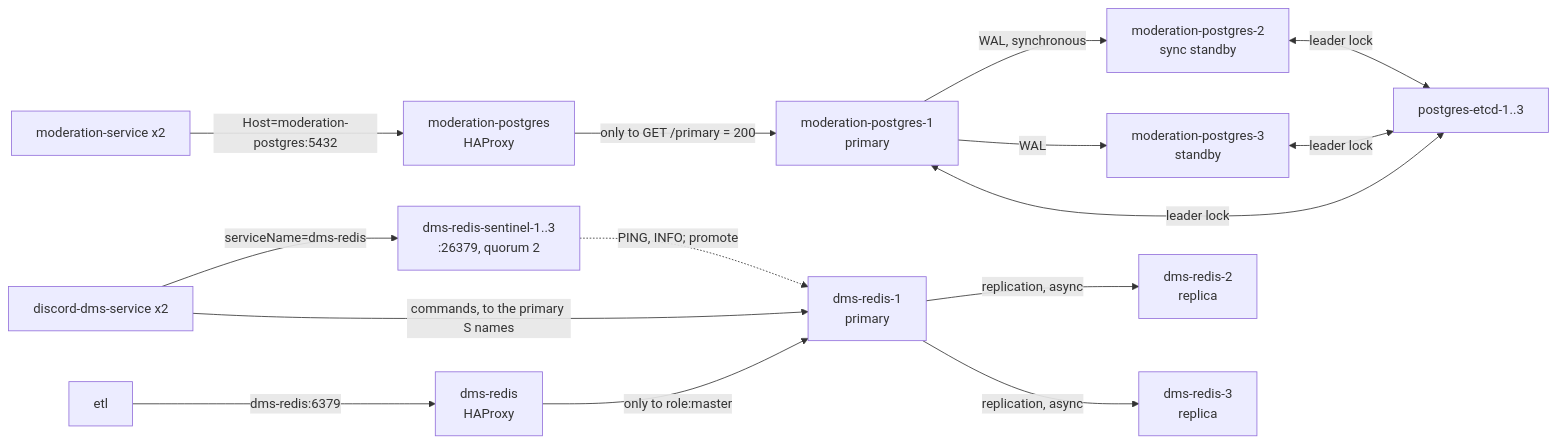
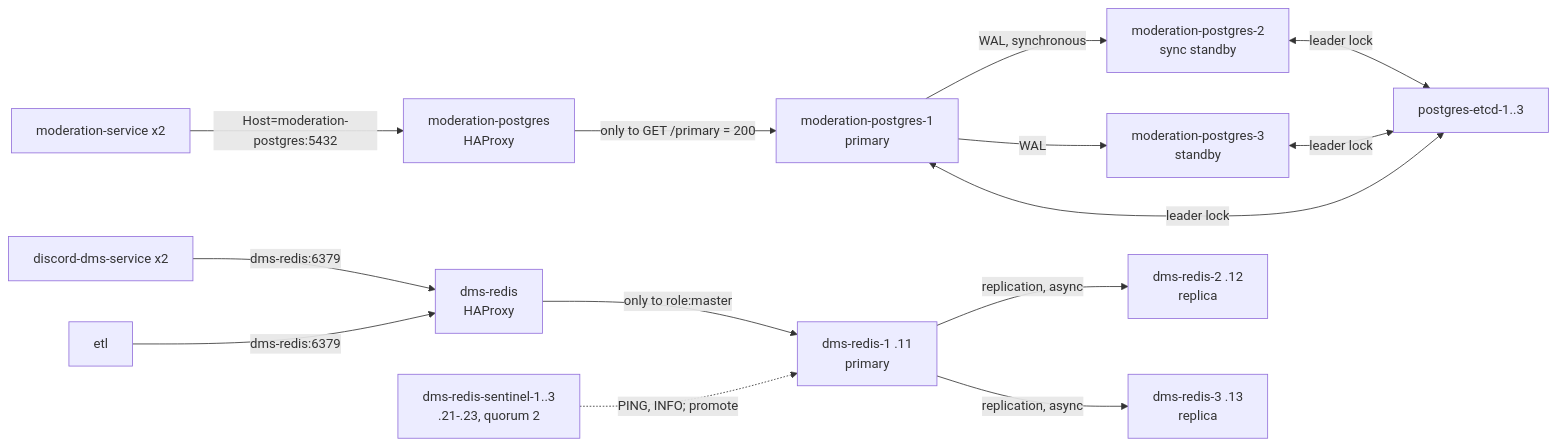
The diagram in docs/LAB_5_MODERATION_DMS_FAILOVER.md (caramisca/cpr-pad-team-19), drawn with Mermaid before and after one commit. The commit also changed other lines of this file and 10 other files, not shown here.

First line of the commit message:
fix(compose): give dms-redis members and Sentinels fixed addresses

````diff
--- a/docs/LAB_5_MODERATION_DMS_FAILOVER.md
+++ b/docs/LAB_5_MODERATION_DMS_FAILOVER.md
@@ -25,16 +28,15 @@
 ```mermaid
 flowchart LR
     MS["moderation-service x2"] -->|"Host=moderation-postgres:5432"| MH["moderation-postgres<br/>HAProxy"]
     MH -->|"only to GET /primary = 200"| MP1["moderation-postgres-1<br/>primary"]
     MP1 -->|"WAL, synchronous"| MP2["moderation-postgres-2<br/>sync standby"]
     MP1 -->|"WAL"| MP3["moderation-postgres-3<br/>standby"]
     MP1 & MP2 & MP3 <-->|"leader lock"| E["postgres-etcd-1..3"]
 
-    DS["discord-dms-service x2"] -->|"serviceName=dms-redis"| S["dms-redis-sentinel-1..3<br/>:26379, quorum 2"]
-    DS -->|"commands, to the primary S names"| R1
-    S -.->|"PING, INFO; promote"| R1["dms-redis-1<br/>primary"]
-    R1 -->|"replication, async"| R2["dms-redis-2<br/>replica"]
-    R1 -->|"replication, async"| R3["dms-redis-3<br/>replica"]
-    ETL["etl"] -->|"dms-redis:6379"| RH["dms-redis<br/>HAProxy"]
-    RH -->|"only to role:master"| R1
+    DS["discord-dms-service x2"] -->|"dms-redis:6379"| RH["dms-redis<br/>HAProxy"]
+    ETL["etl"] -->|"dms-redis:6379"| RH
+    RH -->|"only to role:master"| R1["dms-redis-1 .11<br/>primary"]
+    S["dms-redis-sentinel-1..3<br/>.21-.23, quorum 2"] -.->|"PING, INFO; promote"| R1
+    R1 -->|"replication, async"| R2["dms-redis-2 .12<br/>replica"]
+    R1 -->|"replication, async"| R3["dms-redis-3 .13<br/>replica"]
 ```
````
